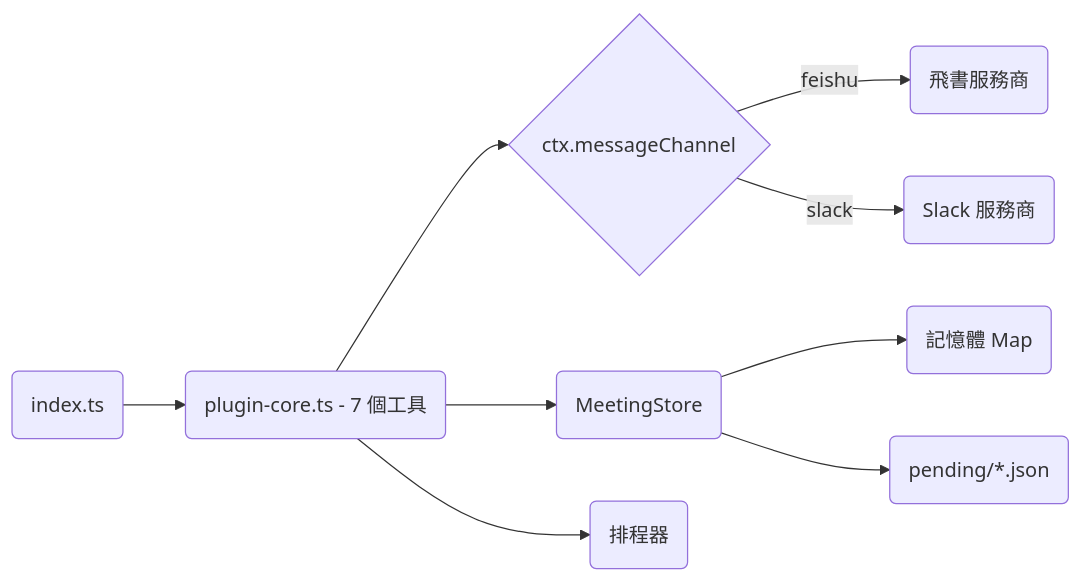
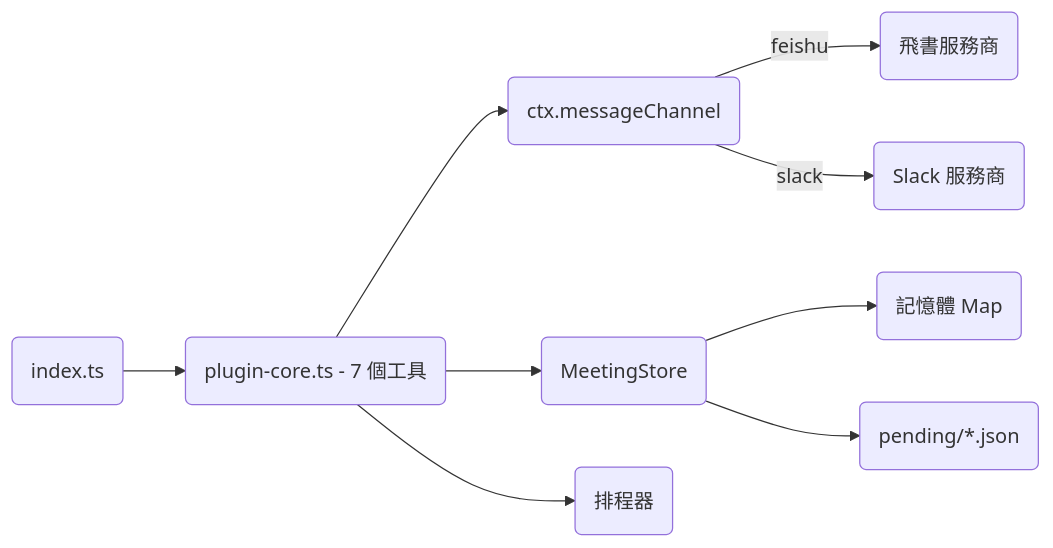
Before and after one commit to javana3/claw_meeting_all: the third of 7 diagrams in README.zh-TW.md, drawn with Mermaid. The commit also changed other lines of this file and 4 other files, not shown here.

First line of the commit message:
docs: round all diagram nodes and update colors across 5 languages

````diff
--- a/README.zh-TW.md
+++ b/README.zh-TW.md
@@ -90,11 +90,11 @@
 ```mermaid
 graph LR
     IDX(index.ts) --> CORE(plugin-core.ts - 7 個工具)
-    CORE --> ROUTER{ctx.messageChannel}
+    CORE --> ROUTER(ctx.messageChannel)
     ROUTER -->|feishu| LP(飛書服務商)
     ROUTER -->|slack| SP(Slack 服務商)
     CORE --> STORE(MeetingStore)
     STORE --> MEM(記憶體 Map)
     STORE --> DISK(pending/*.json)
     CORE --> SCH(排程器)
 ```
````
